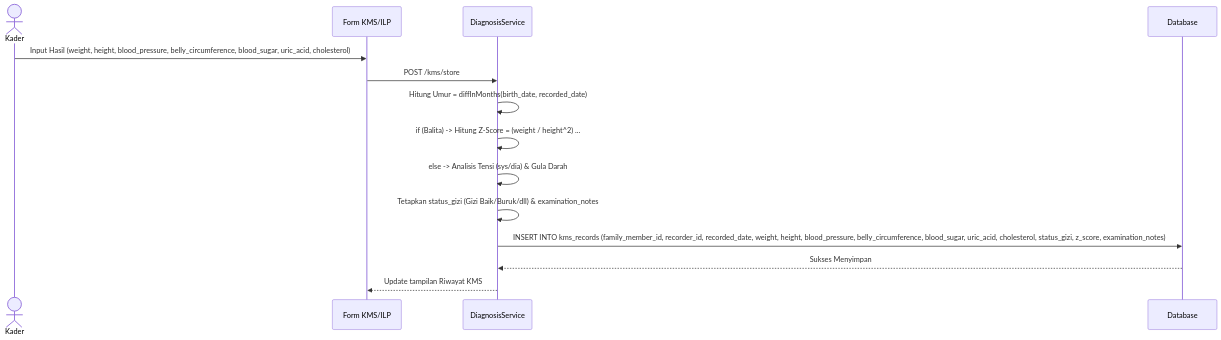
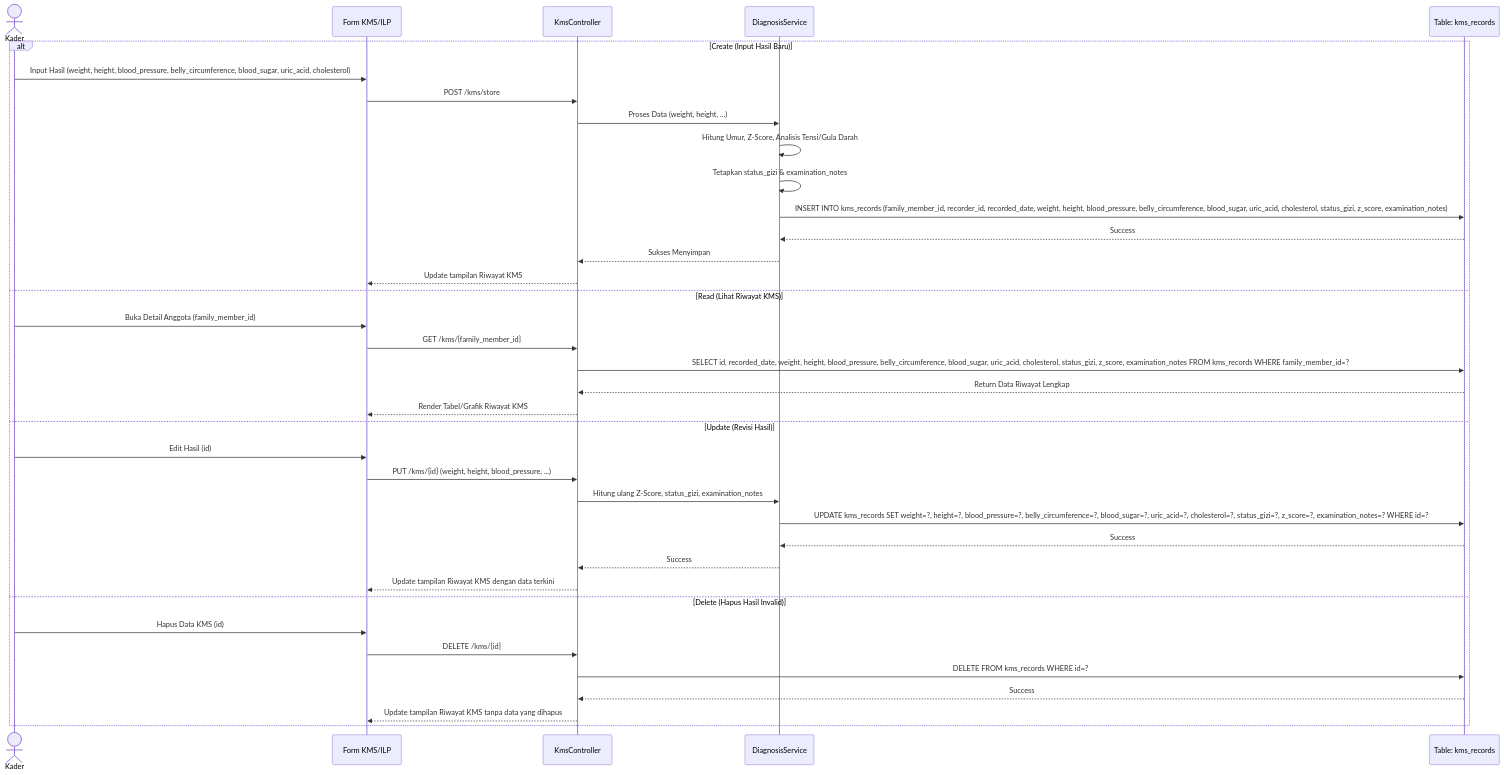
One commit to imamzaenuddin/sipintar changed diagram 13 of 17 in doc/UML.md. Above: the diagram before and after it, drawn with Mermaid. The commit also changed other lines of this file, not shown here.

Commit message:
docs: add comprehensive UML documentation for SiPintar system architecture

````diff
--- a/doc/UML.md
+++ b/doc/UML.md
@@ -313,17 +359,40 @@
 ```mermaid
 sequenceDiagram
     actor Kader
     participant View as Form KMS/ILP
+    participant Controller as KmsController
     participant Service as DiagnosisService
-    participant DB as Database
+    participant tbl_kms_records as Table: kms_records
 
-    Kader->>View: Input Hasil (weight, height, blood_pressure, belly_circumference, blood_sugar, uric_acid, cholesterol)
-    View->>Service: POST /kms/store
-    Service->>Service: Hitung Umur = diffInMonths(birth_date, recorded_date)
-    Service->>Service: if (Balita) -> Hitung Z-Score = (weight / height^2) ...
-    Service->>Service: else -> Analisis Tensi (sys/dia) & Gula Darah
-    Service->>Service: Tetapkan status_gizi (Gizi Baik/Buruk/dll) & examination_notes
-    Service->>DB: INSERT INTO kms_records (family_member_id, recorder_id, recorded_date, weight, height, blood_pressure, belly_circumference, blood_sugar, uric_acid, cholesterol, status_gizi, z_score, examination_notes)
-    DB-->>Service: Sukses Menyimpan
-    Service-->>View: Update tampilan Riwayat KMS
+    alt Create (Input Hasil Baru)
+        Kader->>View: Input Hasil (weight, height, blood_pressure, belly_circumference, blood_sugar, uric_acid, cholesterol)
+        View->>Controller: POST /kms/store
+        Controller->>Service: Proses Data (weight, height, ...)
+        Service->>Service: Hitung Umur, Z-Score, Analisis Tensi/Gula Darah
+        Service->>Service: Tetapkan status_gizi & examination_notes
+        Service->>tbl_kms_records: INSERT INTO kms_records (family_member_id, recorder_id, recorded_date, weight, height, blood_pressure, belly_circumference, blood_sugar, uric_acid, cholesterol, status_gizi, z_score, examination_notes)
+        tbl_kms_records-->>Service: Success
+        Service-->>Controller: Sukses Menyimpan
+        Controller-->>View: Update tampilan Riwayat KMS
+    else Read (Lihat Riwayat KMS)
+        Kader->>View: Buka Detail Anggota (family_member_id)
+        View->>Controller: GET /kms/{family_member_id}
+        Controller->>tbl_kms_records: SELECT id, recorded_date, weight, height, blood_pressure, belly_circumference, blood_sugar, uric_acid, cholesterol, status_gizi, z_score, examination_notes FROM kms_records WHERE family_member_id=?
+        tbl_kms_records-->>Controller: Return Data Riwayat Lengkap
+        Controller-->>View: Render Tabel/Grafik Riwayat KMS
+    else Update (Revisi Hasil)
+        Kader->>View: Edit Hasil (id)
+        View->>Controller: PUT /kms/{id} (weight, height, blood_pressure, ...)
+        Controller->>Service: Hitung ulang Z-Score, status_gizi, examination_notes
+        Service->>tbl_kms_records: UPDATE kms_records SET weight=?, height=?, blood_pressure=?, belly_circumference=?, blood_sugar=?, uric_acid=?, cholesterol=?, status_gizi=?, z_score=?, examination_notes=? WHERE id=?
+        tbl_kms_records-->>Service: Success
+        Service-->>Controller: Success
+        Controller-->>View: Update tampilan Riwayat KMS dengan data terkini
+    else Delete (Hapus Hasil Invalid)
+        Kader->>View: Hapus Data KMS (id)
+        View->>Controller: DELETE /kms/{id}
+        Controller->>tbl_kms_records: DELETE FROM kms_records WHERE id=?
+        tbl_kms_records-->>Controller: Success
+        Controller-->>View: Update tampilan Riwayat KMS tanpa data yang dihapus
+    end
 ```
````
